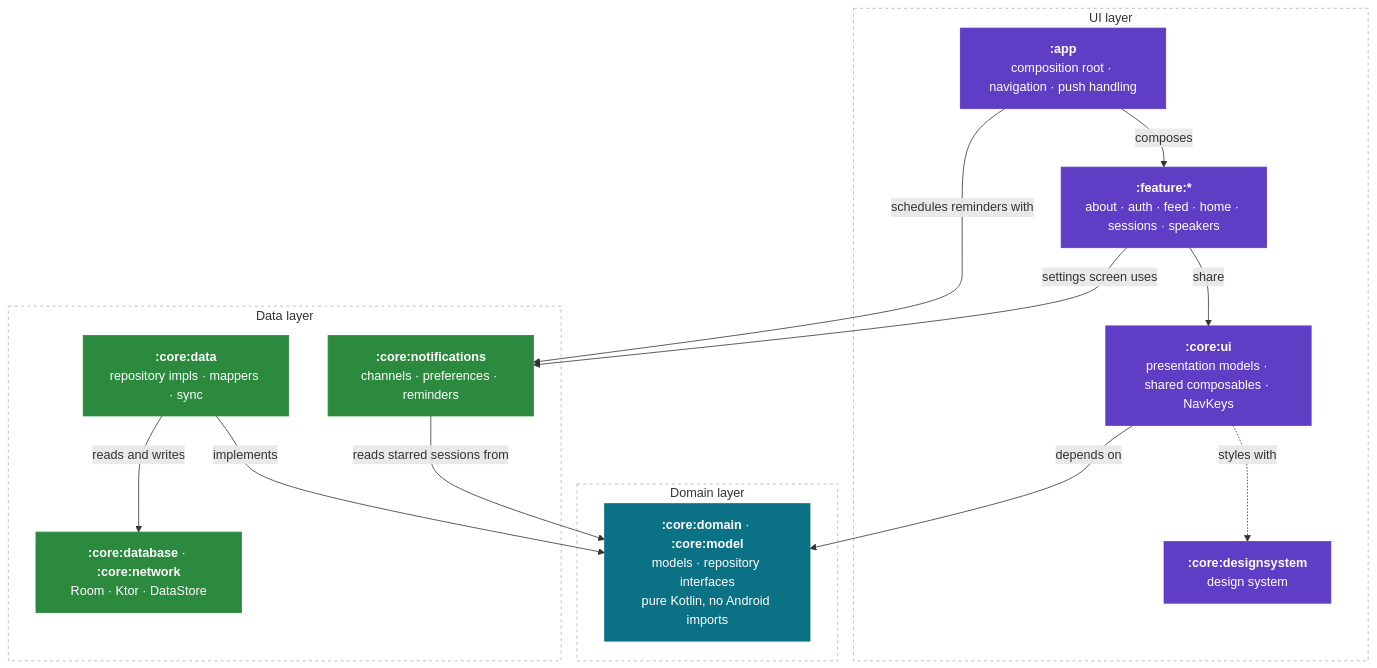
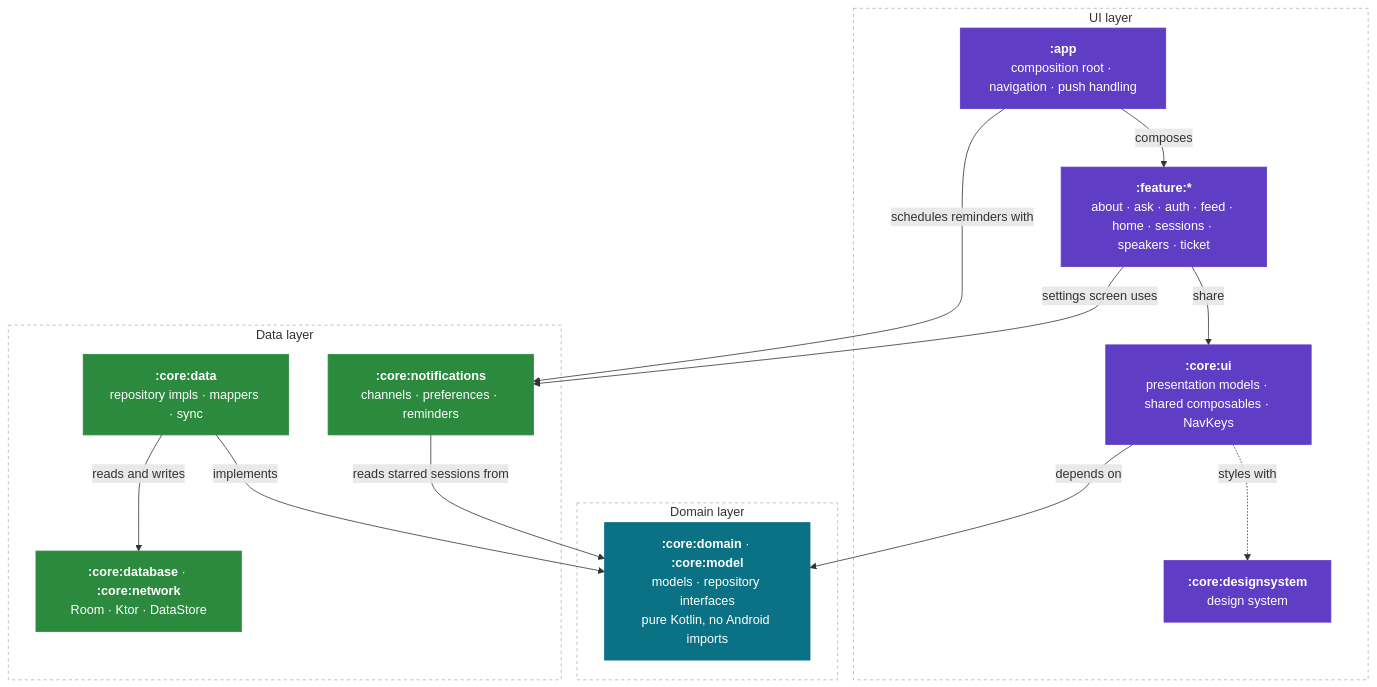
Before and after one commit to droidconKE/droidconKeKotlin: the first of 3 diagrams in docs/architecture.md, drawn with Mermaid. The commit also changed other lines of this file and 2 other files, not shown here.

````diff
--- a/docs/architecture.md
+++ b/docs/architecture.md
@@ -24,41 +24,41 @@
 ```mermaid
 graph TD
     subgraph L1["UI layer"]
         APP["<b>:app</b><br/>composition root · navigation · push handling"]
-        FEAT["<b>:feature:*</b><br/>about · auth · feed · home · sessions · speakers"]
+        FEAT["<b>:feature:*</b><br/>about · ask · auth · feed · home · sessions · speakers · ticket"]
         UIL["<b>:core:ui</b><br/>presentation models · shared composables · NavKeys"]
         CHAI["<b>:core:designsystem</b><br/>design system"]
     end
 
     subgraph L2["Domain layer"]
         DOML["<b>:core:domain</b> · <b>:core:model</b><br/>models · repository interfaces<br/>pure Kotlin, no Android imports"]
     end
 
     subgraph L3["Data layer"]
         DATAL["<b>:core:data</b><br/>repository impls · mappers · sync"]
         SRC["<b>:core:database</b> · <b>:core:network</b><br/>Room · Ktor · DataStore"]
         NOTIF["<b>:core:notifications</b><br/>channels · preferences · reminders"]
     end
 
     APP -->|"composes"| FEAT
     FEAT -->|"share"| UIL
     UIL -->|"depends on"| DOML
     UIL -.->|"styles with"| CHAI
     DATAL -->|"implements"| DOML
     DATAL -->|"reads and writes"| SRC
     NOTIF -->|"reads starred sessions from"| DOML
     APP -->|"schedules reminders with"| NOTIF
     FEAT -->|"settings screen uses"| NOTIF
 
     style DOML fill:#0b7285,stroke:#0b7285,color:#ffffff
     style APP fill:#5f3dc4,stroke:#5f3dc4,color:#ffffff
     style FEAT fill:#5f3dc4,stroke:#5f3dc4,color:#ffffff
     style UIL fill:#5f3dc4,stroke:#5f3dc4,color:#ffffff
     style CHAI fill:#5f3dc4,stroke:#5f3dc4,color:#ffffff
     style DATAL fill:#2b8a3e,stroke:#2b8a3e,color:#ffffff
     style SRC fill:#2b8a3e,stroke:#2b8a3e,color:#ffffff
     style NOTIF fill:#2b8a3e,stroke:#2b8a3e,color:#ffffff
     style L1 fill:#ffffff,stroke:#adb5bd,stroke-dasharray:4 4
     style L2 fill:#ffffff,stroke:#adb5bd,stroke-dasharray:4 4
     style L3 fill:#ffffff,stroke:#adb5bd,stroke-dasharray:4 4
 ```
````
